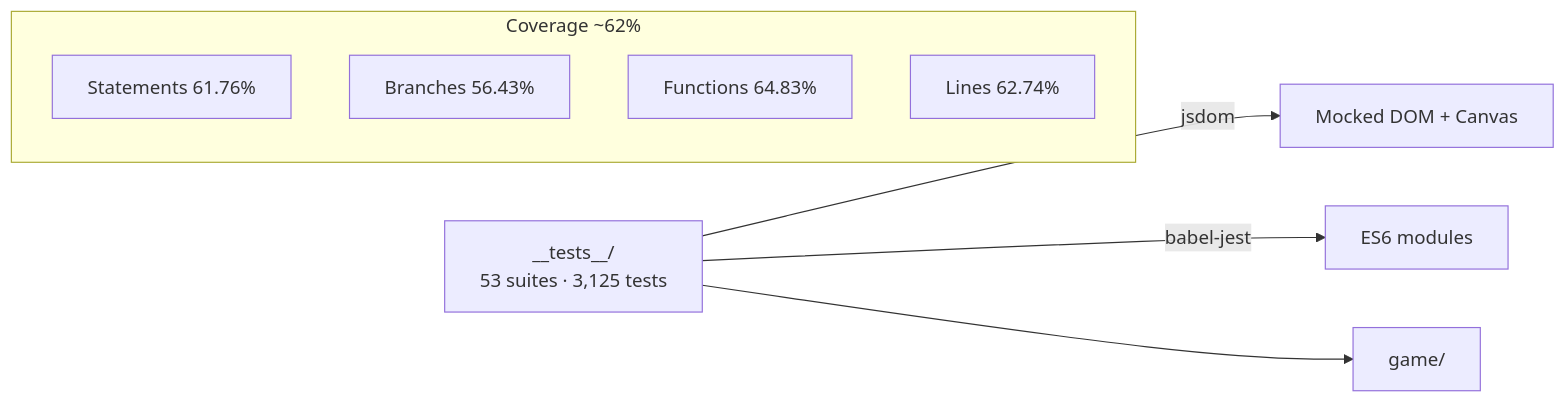
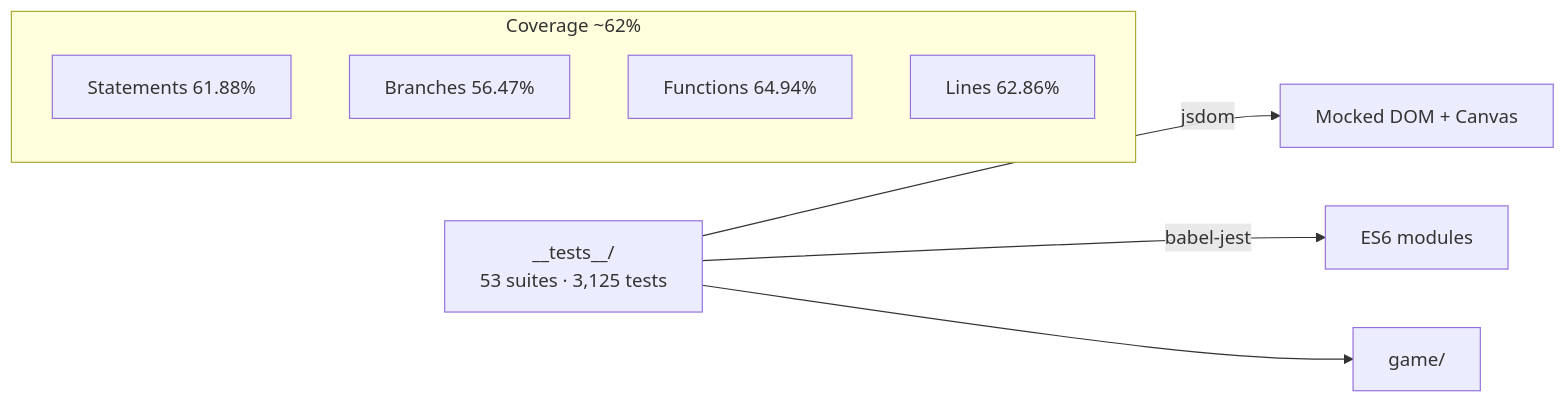
Before and after one commit to danialjivraj/firedog: diagram 11 of 11 in ARCHITECTURE.md, drawn with Mermaid. The commit also changed other lines of this file, not shown here.

Commit message:
updating architecture

````diff
--- a/ARCHITECTURE.md
+++ b/ARCHITECTURE.md
@@ -347,14 +401,14 @@
 ```mermaid
 flowchart LR
     Tests[__tests__/<br/>53 suites · 3,125 tests]
     Tests -->|jsdom| DOM[Mocked DOM + Canvas]
     Tests -->|babel-jest| ES6[ES6 modules]
     Tests --> GameCode[game/]
 
     subgraph Cov["Coverage ~62%"]
-        X1[Statements 61.76%]
-        X2[Branches 56.43%]
-        X3[Functions 64.83%]
-        X4[Lines 62.74%]
+        X1[Statements 61.88%]
+        X2[Branches 56.47%]
+        X3[Functions 64.94%]
+        X4[Lines 62.86%]
     end
 ```
````
